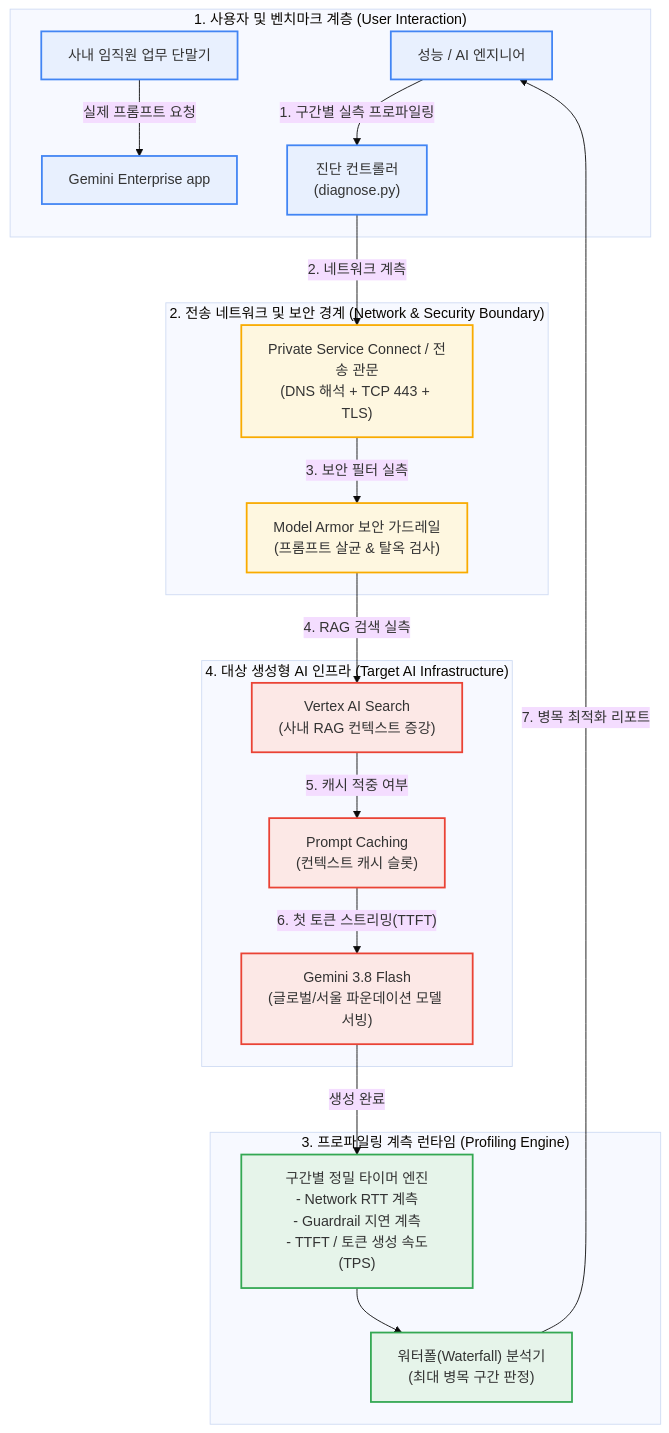
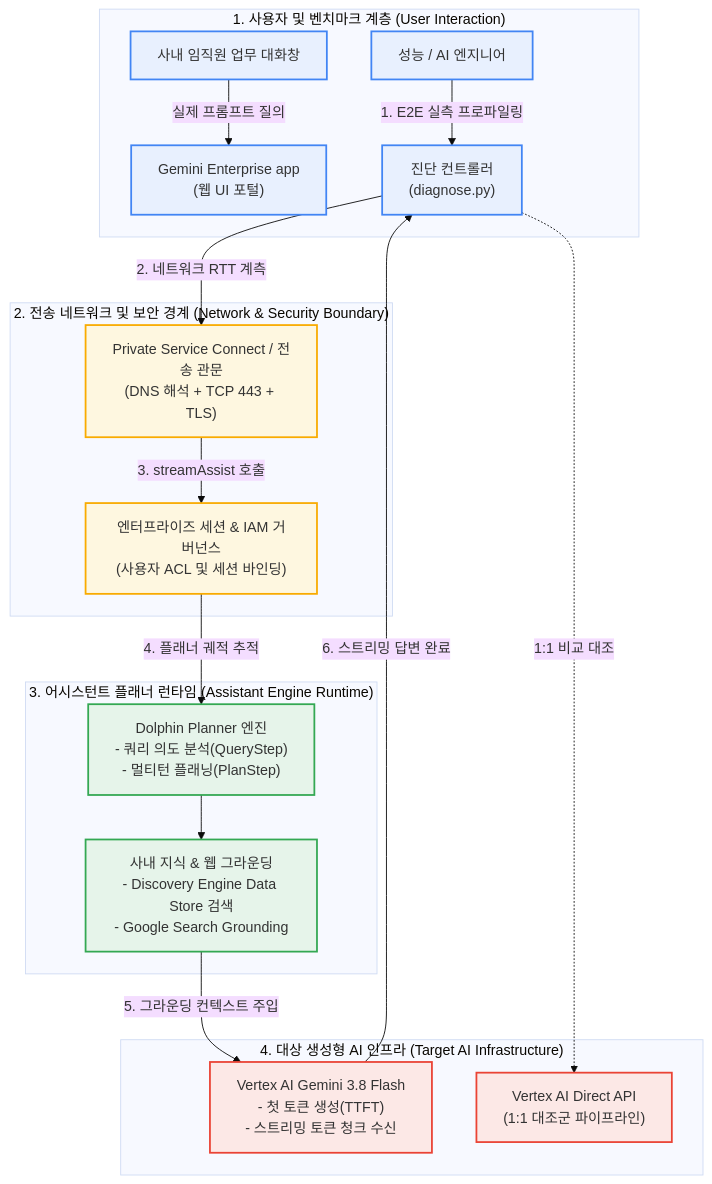
Before and after one commit to jiangjun-forge/google-cloud-0-to-1: the diagram in samples/gemini-enterprise-latency-profiler/README.md, drawn with Mermaid (base theme). The commit also changed other lines of this file and 5 other files, not shown here.

````diff
--- a/samples/gemini-enterprise-latency-profiler/README.md
+++ b/samples/gemini-enterprise-latency-profiler/README.md
@@ -78,42 +98,40 @@
 ```mermaid
 flowchart TD
     subgraph Layer1["1. 사용자 및 벤치마크 계층 (User Interaction)"]
-        User["사내 임직원 업무 단말기"] -->|"실제 프롬프트 요청"| GEApp["Gemini Enterprise app"]
-        Engineer["성능 / AI 엔지니어"] -->|"1. 구간별 실측 프로파일링"| CLI["진단 컨트롤러<br/>(diagnose.py)"]
+        User["사내 임직원 업무 대화창"] -->|"실제 프롬프트 질의"| GEApp["Gemini Enterprise app<br/>(웹 UI 포털)"]
+        Engineer["성능 / AI 엔지니어"] -->|"1. E2E 실측 프로파일링"| CLI["진단 컨트롤러<br/>(diagnose.py)"]
     end
 
     subgraph Layer2["2. 전송 네트워크 및 보안 경계 (Network & Security Boundary)"]
         PSC["Private Service Connect / 전송 관문<br/>(DNS 해석 + TCP 443 + TLS)"]
-        Armor["Model Armor 보안 가드레일<br/>(프롬프트 살균 & 탈옥 검사)"]
+        IAM["엔터프라이즈 세션 & IAM 거버넌스<br/>(사용자 ACL 및 세션 바인딩)"]
     end
 
-    subgraph Layer3["3. 프로파일링 계측 런타임 (Profiling Engine)"]
-        Profiler["구간별 정밀 타이머 엔진<br/>- Network RTT 계측<br/>- Guardrail 지연 계측<br/>- TTFT / 토큰 생성 속도(TPS)"]
-        Waterfall["워터폴(Waterfall) 분석기<br/>(최대 병목 구간 판정)"]
-        Profiler --> Waterfall
+    subgraph Layer3["3. 어시스턴트 플래너 런타임 (Assistant Engine Runtime)"]
+        Planner["Dolphin Planner 엔진<br/>- 쿼리 의도 분석(QueryStep)<br/>- 멀티턴 플래닝(PlanStep)"]
+        Grounding["사내 지식 & 웹 그라운딩<br/>- Discovery Engine Data Store 검색<br/>- Google Search Grounding"]
+        Planner --> Grounding
     end
 
     subgraph Layer4["4. 대상 생성형 AI 인프라 (Target AI Infrastructure)"]
-        Search["Vertex AI Search<br/>(사내 RAG 컨텍스트 증강)"]
-        Cache["Prompt Caching<br/>(컨텍스트 캐시 슬롯)"]
-        Model["Gemini 3.8 Flash<br/>(글로벌/서울 파운데이션 모델 서빙)"]
+        Gemini["Vertex AI Gemini 3.8 Flash<br/>- 첫 토큰 생성(TTFT)<br/>- 스트리밍 토큰 청크 수신"]
+        Baseline["Vertex AI Direct API<br/>(1:1 대조군 파이프라인)"]
     end
 
-    CLI -->|"2. 네트워크 계측"| PSC
-    PSC -->|"3. 보안 필터 실측"| Armor
-    Armor -->|"4. RAG 검색 실측"| Search
-    Search -->|"5. 캐시 적중 여부"| Cache
-    Cache -->|"6. 첫 토큰 스트리밍(TTFT)"| Model
-    Model -->|"생성 완료"| Profiler
-    Waterfall -->|"7. 병목 최적화 리포트"| Engineer
+    CLI -->|"2. 네트워크 RTT 계측"| PSC
+    PSC -->|"3. streamAssist 호출"| IAM
+    IAM -->|"4. 플래너 궤적 추적"| Planner
+    Grounding -->|"5. 그라운딩 컨텍스트 주입"| Gemini
+    Gemini -->|"6. 스트리밍 답변 완료"| CLI
+    CLI -.->|"1:1 비교 대조"| Baseline
 
     classDef portal fill:#e8f0fe,stroke:#4285f4,stroke-width:2px;
     classDef security fill:#fef7e0,stroke:#f9ab00,stroke-width:2px;
     classDef runtime fill:#e6f4ea,stroke:#34a853,stroke-width:2px;
     classDef backend fill:#fce8e6,stroke:#ea4335,stroke-width:2px;
 
     class User,GEApp,Engineer,CLI portal;
-    class PSC,Armor security;
-    class Profiler,Waterfall runtime;
-    class Search,Cache,Model backend;
+    class PSC,IAM security;
+    class Planner,Grounding runtime;
+    class Gemini,Baseline backend;
 ```
````
